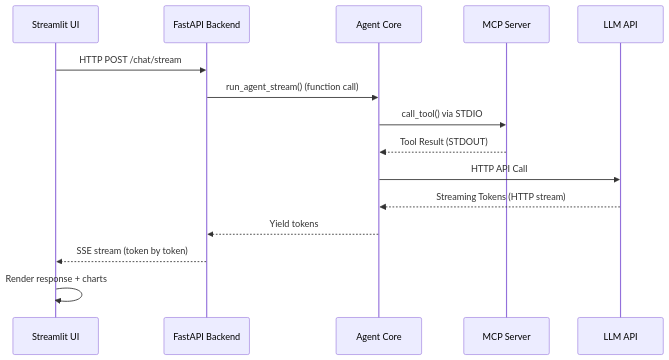
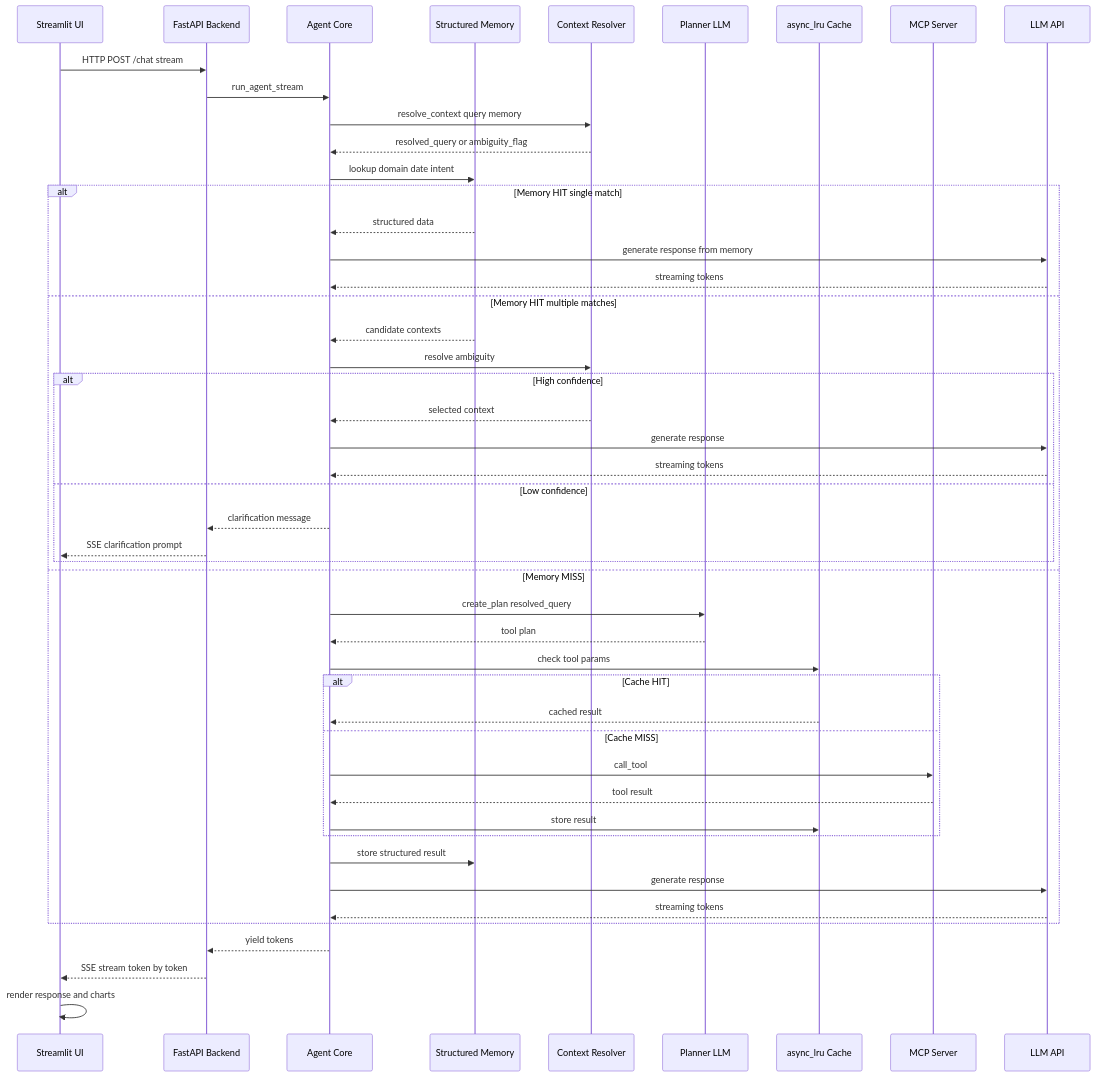
Before and after one commit to jayjp0321/data-science-ai: the second of 5 diagrams in README.md, drawn with Mermaid. The commit also changed other lines of this file and 5 other files, not shown here.

First line of the commit message:
feat: implement memory-first context resolver with structured memory and cached MCP tool calls

````diff
--- a/README.md
+++ b/README.md
@@ -89,25 +180,68 @@
 ```mermaid
 %%{init: {'theme':'default'}}%%
 sequenceDiagram
 
     participant UI as Streamlit UI
     participant API as FastAPI Backend
     participant Agent as Agent Core
+    participant Memory as Structured Memory
+    participant Resolver as Context Resolver
+    participant Planner as Planner LLM
+    participant Cache as async_lru Cache
     participant MCP as MCP Server
     participant LLM as LLM API
 
-    UI->>API: HTTP POST /chat/stream
-    API->>Agent: run_agent_stream() (function call)
+    UI->>API: HTTP POST /chat stream
+    API->>Agent: run_agent_stream
 
-    Agent->>MCP: call_tool() via STDIO
-    MCP-->>Agent: Tool Result (STDOUT)
+    %% Context Resolution Phase
+    Agent->>Resolver: resolve_context query memory
+    Resolver-->>Agent: resolved_query or ambiguity_flag
 
-    Agent->>LLM: HTTP API Call
-    LLM-->>Agent: Streaming Tokens (HTTP stream)
+    %% Memory Lookup Phase
+    Agent->>Memory: lookup domain date intent
 
-    Agent-->>API: Yield tokens
+    alt Memory HIT single match
+        Memory-->>Agent: structured data
+        Agent->>LLM: generate response from memory
+        LLM-->>Agent: streaming tokens
 
-    API-->>UI: SSE stream (token by token)
+    else Memory HIT multiple matches
+        Memory-->>Agent: candidate contexts
+        Agent->>Resolver: resolve ambiguity
 
-    UI->>UI: Render response + charts
+        alt High confidence
+            Resolver-->>Agent: selected context
+            Agent->>LLM: generate response
+            LLM-->>Agent: streaming tokens
+        else Low confidence
+            Agent-->>API: clarification message
+            API-->>UI: SSE clarification prompt
+        end
+
+    else Memory MISS
+        Agent->>Planner: create_plan resolved_query
+        Planner-->>Agent: tool plan
+
+        Agent->>Cache: check tool params
+
+        alt Cache HIT
+            Cache-->>Agent: cached result
+        else Cache MISS
+            Agent->>MCP: call_tool
+            MCP-->>Agent: tool result
+            Agent->>Cache: store result
+        end
+
+        Agent->>Memory: store structured result
+
+        Agent->>LLM: generate response
+        LLM-->>Agent: streaming tokens
+    end
+
+    %% Streaming Response
+    Agent-->>API: yield tokens
+    API-->>UI: SSE stream token by token
+
+    UI->>UI: render response and charts
 ```
````
